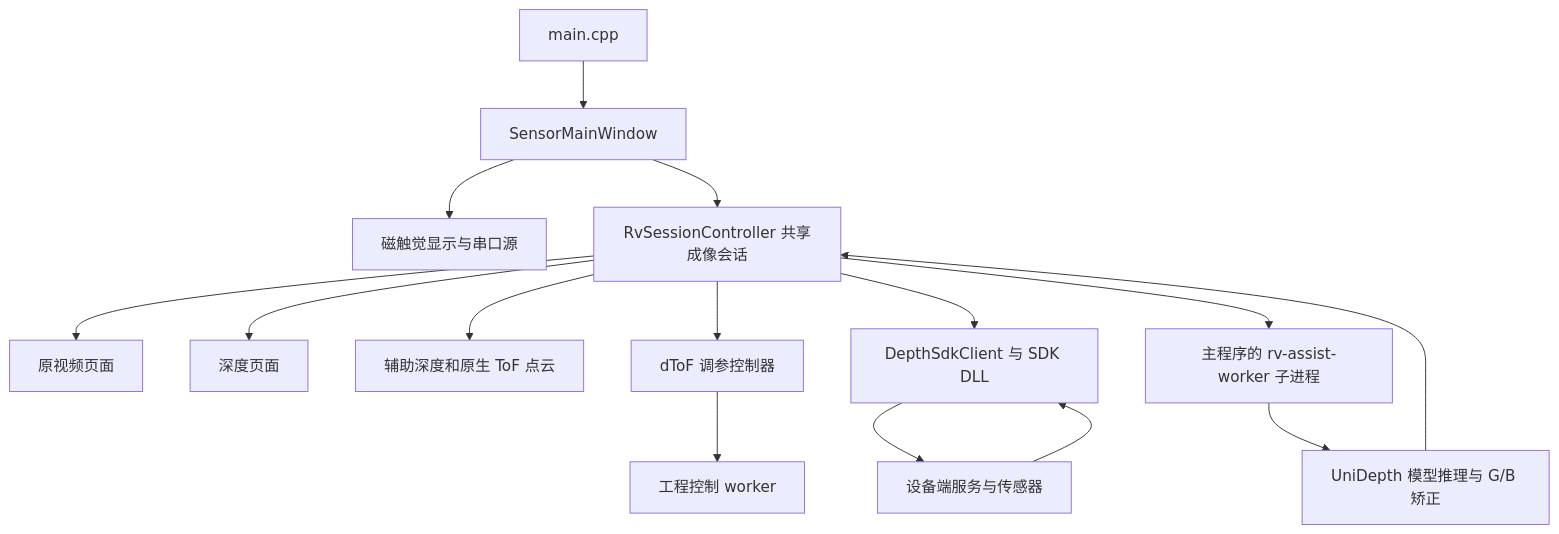
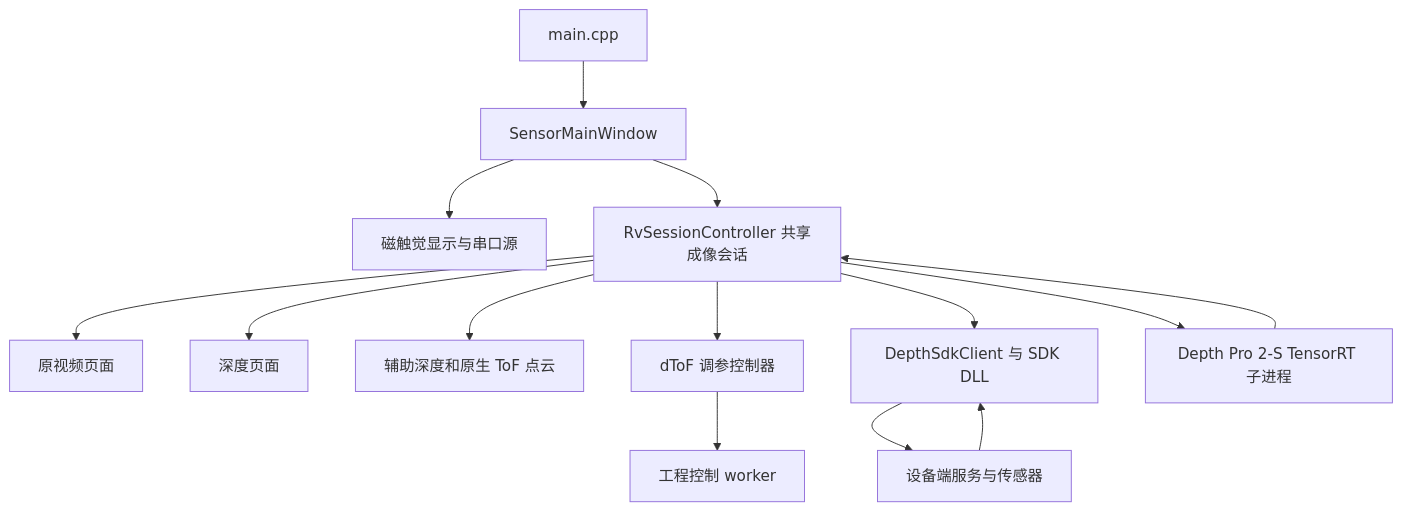
One commit to QinChen1998/depth-camera-and-tactile-sensor changed the diagram in docs/ARCHITECTURE.md. Above: the diagram before and after it, drawn with Mermaid. The commit also changed other lines of this file and 48 other files, not shown here.

````diff
--- a/docs/ARCHITECTURE.md
+++ b/docs/ARCHITECTURE.md
@@ -26,17 +23,16 @@
 ```mermaid
 flowchart TD
     Main[main.cpp] --> Window[SensorMainWindow]
     Window --> Tactile[磁触觉显示与串口源]
     Window --> Session[RvSessionController 共享成像会话]
     Session --> Camera[原视频页面]
     Session --> Depth[深度页面]
     Session --> PointCloud[辅助深度和原生 ToF 点云]
     Session --> Tuner[dToF 调参控制器]
     Session --> Sdk[DepthSdkClient 与 SDK DLL]
     Sdk --> Board[设备端服务与传感器]
     Board --> Sdk
     Tuner --> Control[工程控制 worker]
-    Session --> Assist[主程序的 rv-assist-worker 子进程]
-    Assist --> ORT[UniDepth 模型推理与 G/B 矫正]
-    ORT --> Session
+    Session --> Assist[Depth Pro 2-S TensorRT 子进程]
+    Assist --> Session
 ```
````
